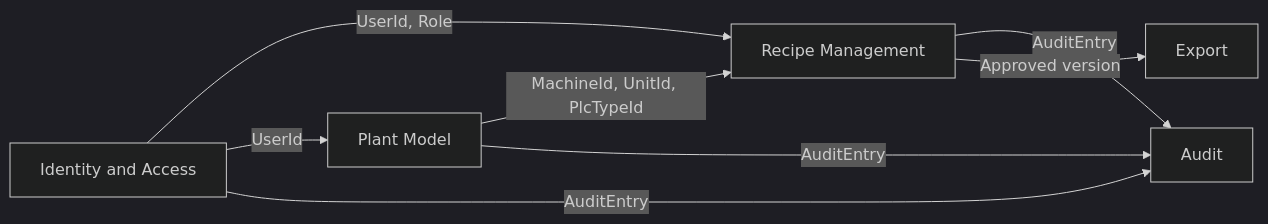
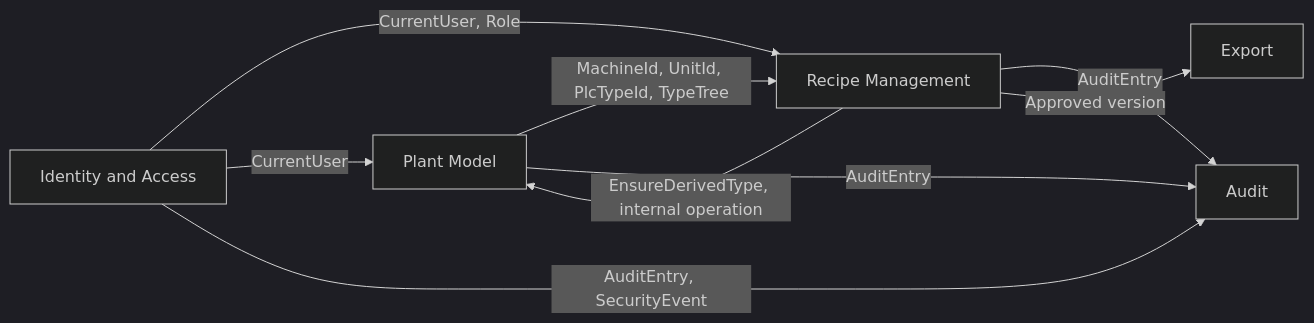
The third of 4 diagrams in docs/architecture/overview.md (rtmachines/editor-web-cc), drawn with Mermaid (dark theme) before and after one commit. The commit also changed other lines of this file and 35 other files, not shown here.

````diff
--- a/docs/architecture/overview.md
+++ b/docs/architecture/overview.md
@@ -55,10 +61,11 @@
 ```mermaid
 flowchart LR
-    PM[Plant Model] -->|MachineId, UnitId, PlcTypeId| RM[Recipe Management]
-    IA[Identity and Access] -->|UserId, Role| RM
-    IA -->|UserId| PM
+    PM[Plant Model] -->|MachineId, UnitId, PlcTypeId, TypeTree| RM[Recipe Management]
+    RM -->|EnsureDerivedType, internal operation| PM
+    IA[Identity and Access] -->|CurrentUser, Role| RM
+    IA -->|CurrentUser| PM
     RM -->|AuditEntry| AU[Audit]
     PM -->|AuditEntry| AU
-    IA -->|AuditEntry| AU
+    IA -->|AuditEntry, SecurityEvent| AU
     RM -->|Approved version| EX[Export]
 ```
````
